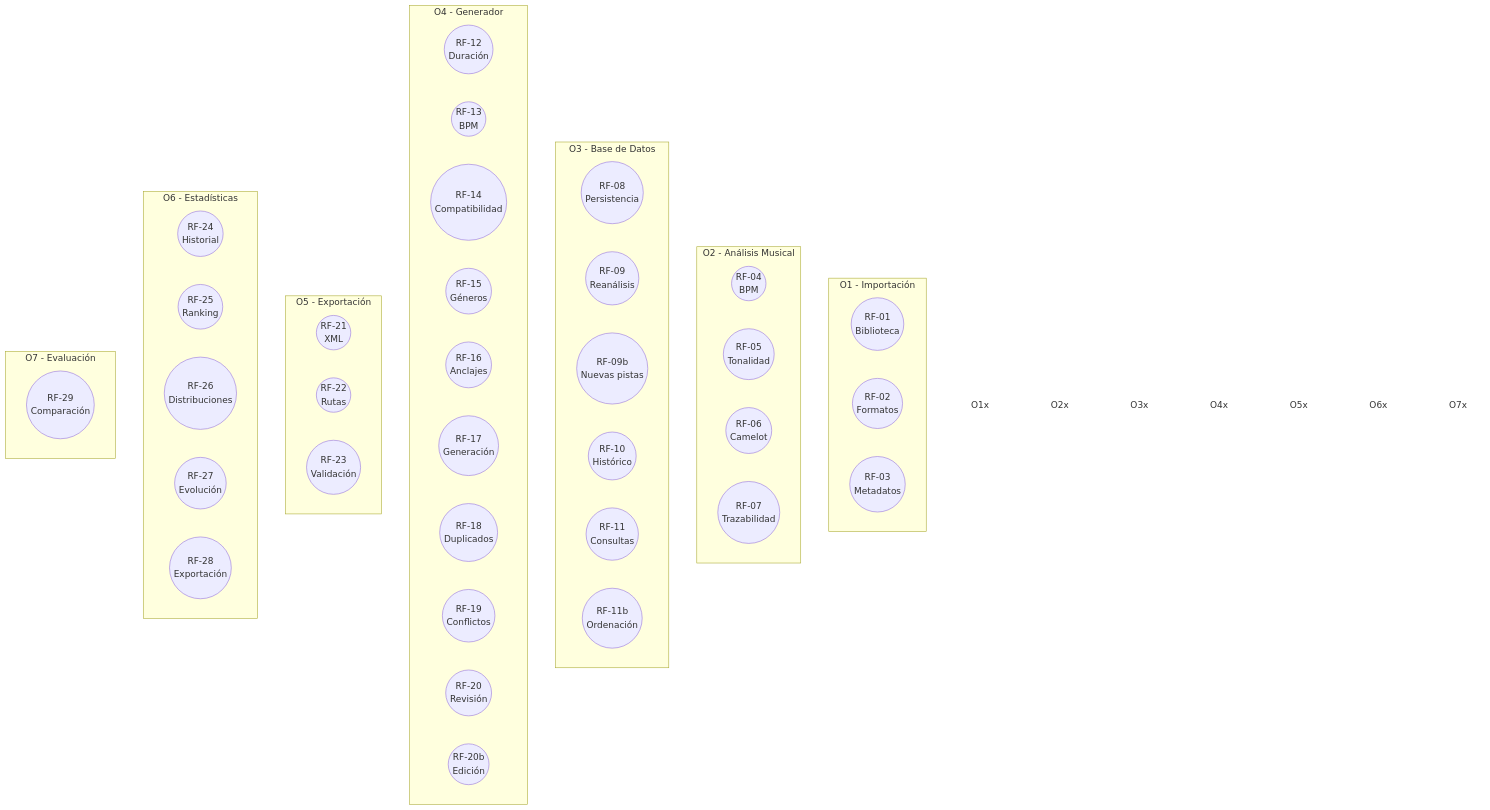
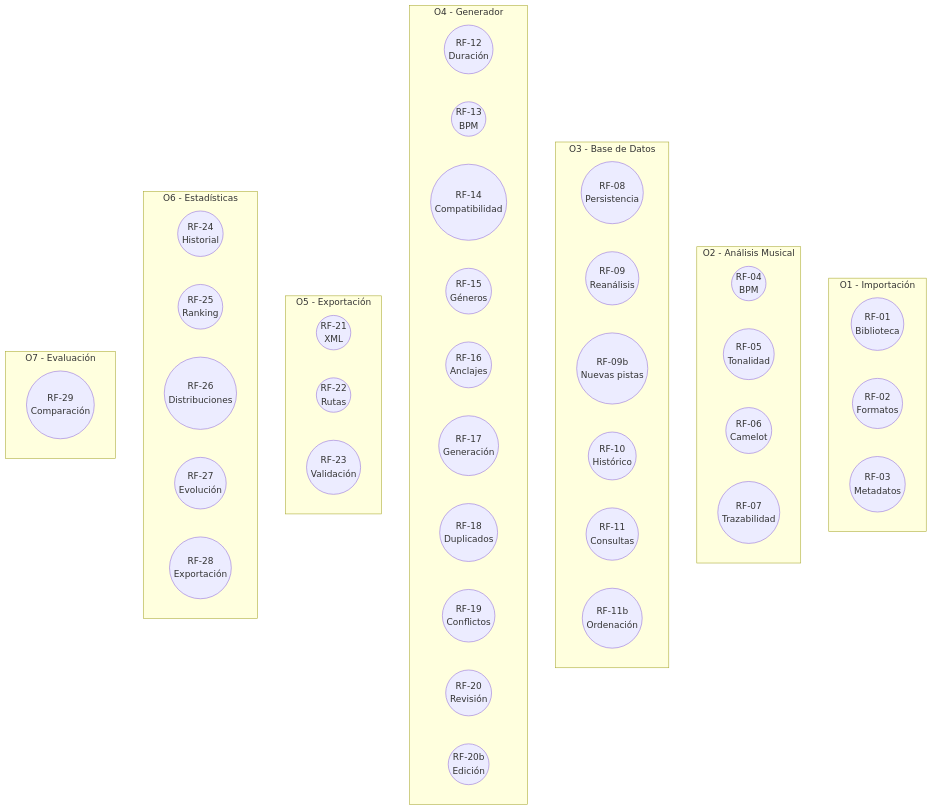
One commit to pabloo806/Trabajo-de-Fin-de-Grado changed the second of 4 diagrams in docs/requirements/requirements.md. Above: the diagram before and after it, drawn with Mermaid.

Commit message:
Remove transparent styles from flowchart
Removed transparent styles from functional requirements flowchart.

````diff
--- a/docs/requirements/requirements.md
+++ b/docs/requirements/requirements.md
@@ -145,70 +145,62 @@
 ```mermaid
 flowchart TB
-    style O1x fill:transparent,stroke:transparent
-    style O2x fill:transparent,stroke:transparent
-    style O3x fill:transparent,stroke:transparent
-    style O4x fill:transparent,stroke:transparent
-    style O5x fill:transparent,stroke:transparent
-    style O6x fill:transparent,stroke:transparent
-    style O7x fill:transparent,stroke:transparent
-
     subgraph O1["O1 - Importación"]
         direction LR
         RF01(("RF-01<br/>Biblioteca"))
         RF02(("RF-02<br/>Formatos"))
         RF03(("RF-03<br/>Metadatos"))
     end
 
     subgraph O2["O2 - Análisis Musical"]
         direction LR
         RF04(("RF-04<br/>BPM"))
         RF05(("RF-05<br/>Tonalidad"))
         RF06(("RF-06<br/>Camelot"))
         RF07(("RF-07<br/>Trazabilidad"))
     end
 
     subgraph O3["O3 - Base de Datos"]
         direction LR
         RF08(("RF-08<br/>Persistencia"))
         RF09(("RF-09<br/>Reanálisis"))
         RF09B(("RF-09b<br/>Nuevas pistas"))
         RF10(("RF-10<br/>Histórico"))
         RF11(("RF-11<br/>Consultas"))
         RF11B(("RF-11b<br/>Ordenación"))
     end
 
     subgraph O4["O4 - Generador"]
         direction LR
         RF12(("RF-12<br/>Duración"))
         RF13(("RF-13<br/>BPM"))
         RF14(("RF-14<br/>Compatibilidad"))
         RF15(("RF-15<br/>Géneros"))
         RF16(("RF-16<br/>Anclajes"))
         RF17(("RF-17<br/>Generación"))
         RF18(("RF-18<br/>Duplicados"))
         RF19(("RF-19<br/>Conflictos"))
         RF20(("RF-20<br/>Revisión"))
         RF20B(("RF-20b<br/>Edición"))
     end
 
     subgraph O5["O5 - Exportación"]
         direction LR
         RF21(("RF-21<br/>XML"))
         RF22(("RF-22<br/>Rutas"))
         RF23(("RF-23<br/>Validación"))
     end
 
     subgraph O6["O6 - Estadísticas"]
         direction LR
         RF24(("RF-24<br/>Historial"))
         RF25(("RF-25<br/>Ranking"))
         RF26(("RF-26<br/>Distribuciones"))
         RF27(("RF-27<br/>Evolución"))
         RF28(("RF-28<br/>Exportación"))
     end
 
     subgraph O7["O7 - Evaluación"]
         direction LR
         RF29(("RF-29<br/>Comparación"))
     end
 ```
````
